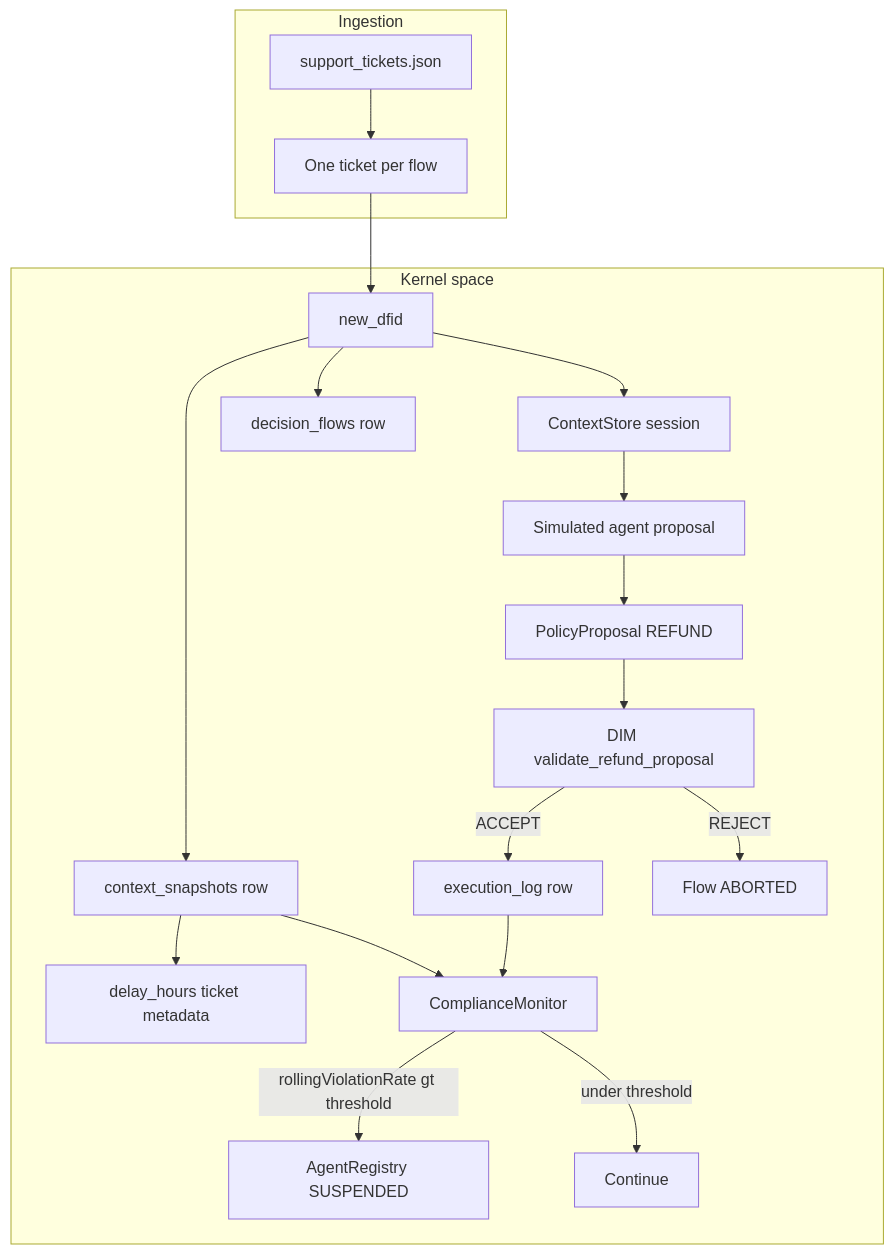
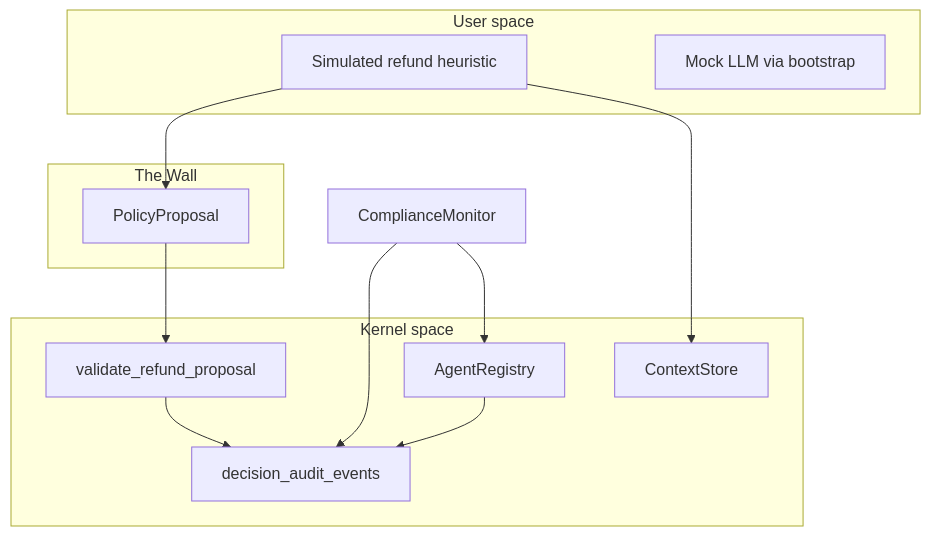
One commit to huka81/decision-intelligence-runtime changed the second of 4 diagrams in samples/37_drift_semantic_refund/README.md. Above: the diagram before and after it, drawn with Mermaid. The commit also changed other lines of this file and 14 other files, not shown here.

````diff
--- a/samples/37_drift_semantic_refund/README.md
+++ b/samples/37_drift_semantic_refund/README.md
@@ -24,24 +24,23 @@
 ```mermaid
 flowchart TB
-  subgraph ingest [Ingestion]
-    JSON[support_tickets.json]
-    JSON --> ticket[One ticket per flow]
+  subgraph us [User space]
+    SIM[Simulated refund heuristic]
+    LLM[Mock LLM via bootstrap]
   end
-  subgraph kernel [Kernel space]
-    DFID[new_dfid]
-    ticket --> DFID
-    DFID --> snapRow[context_snapshots row]
-    DFID --> flowRow[decision_flows row]
-    DFID --> session[ContextStore session]
-    snapRow --> snapData[delay_hours ticket metadata]
-    session --> agentHeuristic[Simulated agent proposal]
-    agentHeuristic --> proposal[PolicyProposal REFUND]
-    proposal --> dim[DIM validate_refund_proposal]
-    dim -->|ACCEPT| execRow[execution_log row]
-    dim -->|REJECT| abort[Flow ABORTED]
-    execRow --> monitor[ComplianceMonitor]
-    snapRow --> monitor
-    monitor -->|rollingViolationRate gt threshold| reg[AgentRegistry SUSPENDED]
-    monitor -->|under threshold| continueRun[Continue]
+  subgraph wall [The Wall]
+    PP[PolicyProposal]
   end
+  subgraph ks [Kernel space]
+    DIM[validate_refund_proposal]
+    REG[AgentRegistry]
+    CS[ContextStore]
+    AUD[decision_audit_events]
+  end
+  SIM --> PP
+  PP --> DIM
+  DIM --> AUD
+  SIM --> CS
+  REG --> AUD
+  MON[ComplianceMonitor] --> AUD
+  MON --> REG
 ```
````
